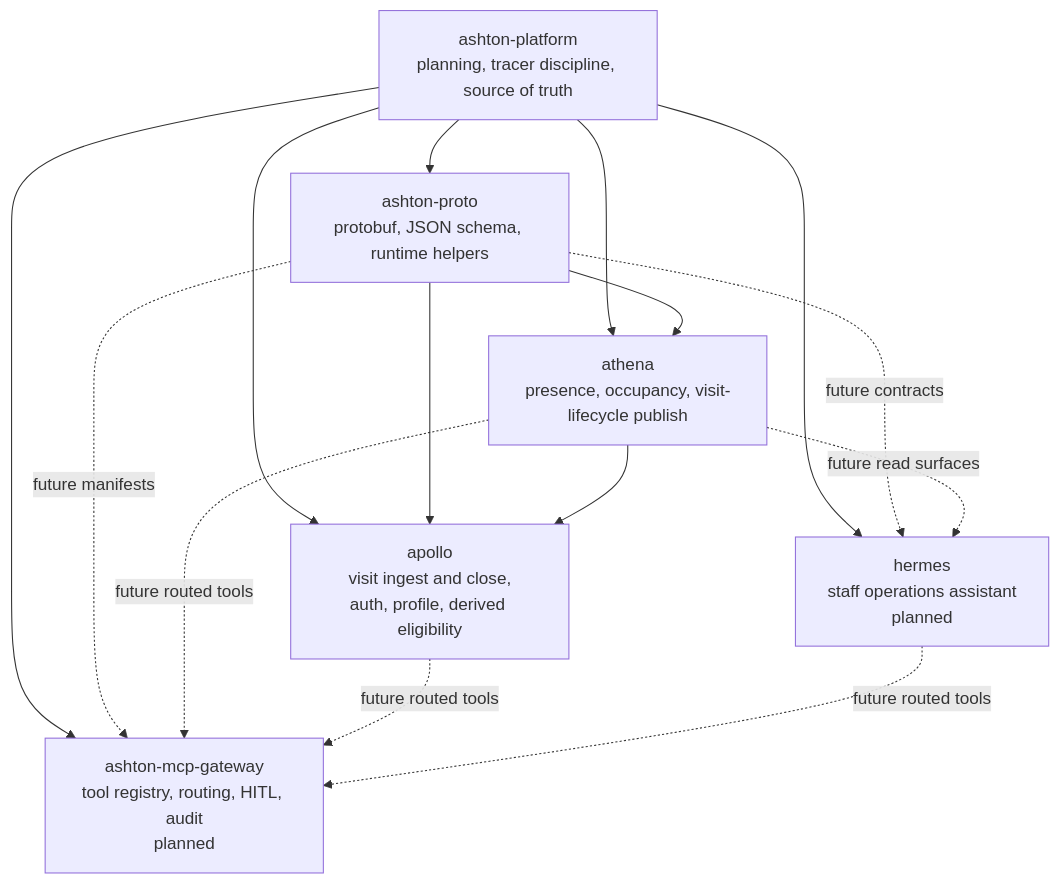
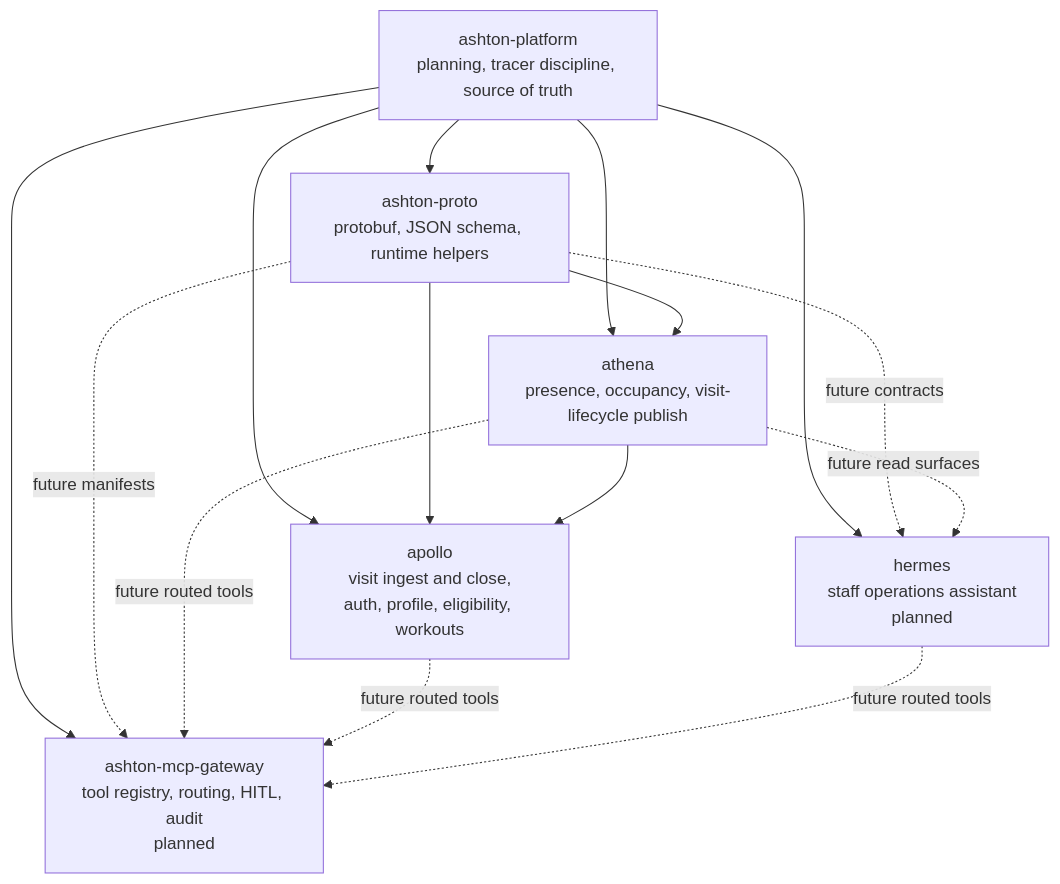
Before and after one commit to ixxet/ashton-platform: the first of 2 diagrams in README.md, drawn with Mermaid. The commit also changed other lines of this file and 3 other files, not shown here.

````diff
--- a/README.md
+++ b/README.md
@@ -28,26 +28,26 @@
 ```mermaid
 flowchart TD
   platform["ashton-platform<br/>planning, tracer discipline, source of truth"]
   proto["ashton-proto<br/>protobuf, JSON schema, runtime helpers"]
   athena["athena<br/>presence, occupancy, visit-lifecycle publish"]
-  apollo["apollo<br/>visit ingest and close,<br/>auth, profile, derived eligibility"]
+  apollo["apollo<br/>visit ingest and close,<br/>auth, profile, eligibility, workouts"]
   hermes["hermes<br/>staff operations assistant<br/>planned"]
   gateway["ashton-mcp-gateway<br/>tool registry, routing, HITL, audit<br/>planned"]
 
   platform --> proto
   platform --> athena
   platform --> apollo
   platform --> hermes
   platform --> gateway
 
   proto --> athena
   proto --> apollo
   proto -. future contracts .-> hermes
   proto -. future manifests .-> gateway
 
   athena --> apollo
   athena -. future read surfaces .-> hermes
   athena -. future routed tools .-> gateway
   apollo -. future routed tools .-> gateway
   hermes -. future routed tools .-> gateway
 ```
````
